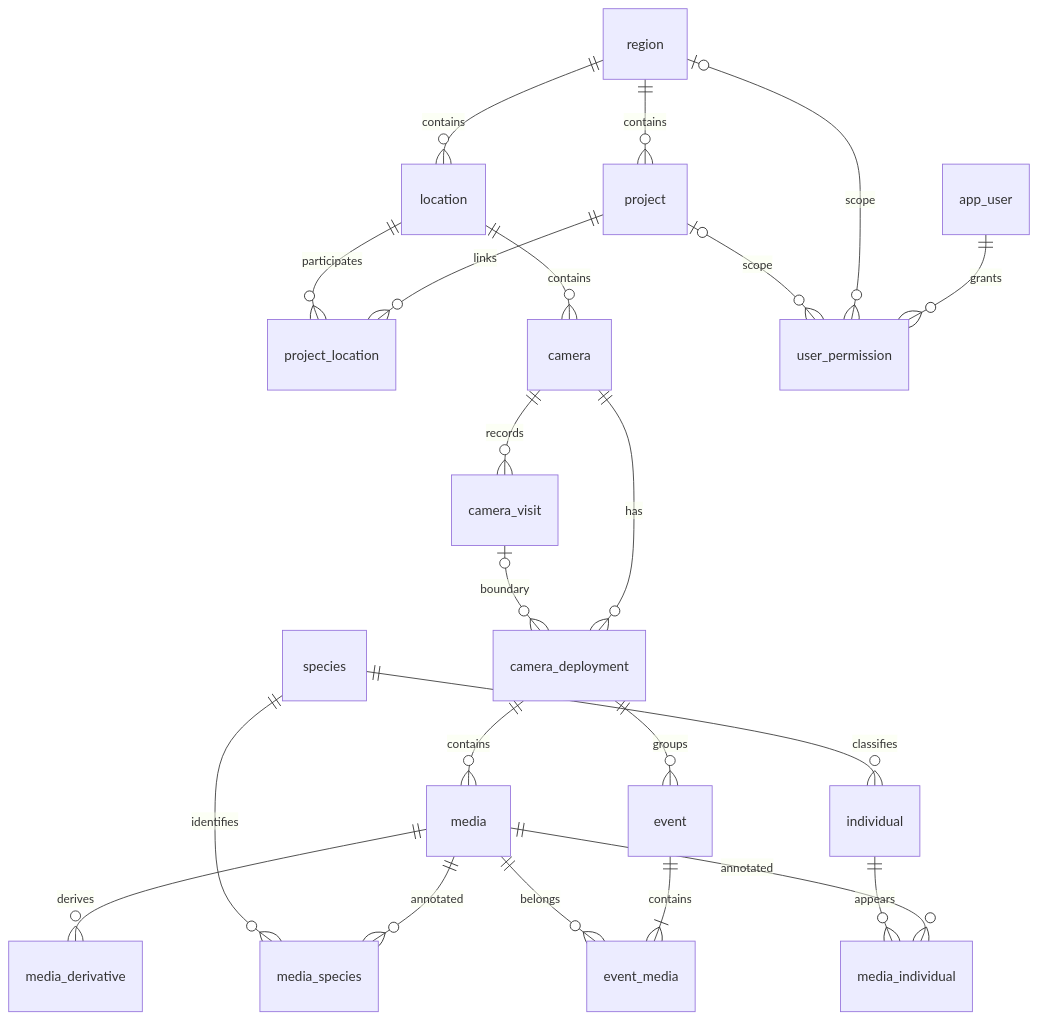
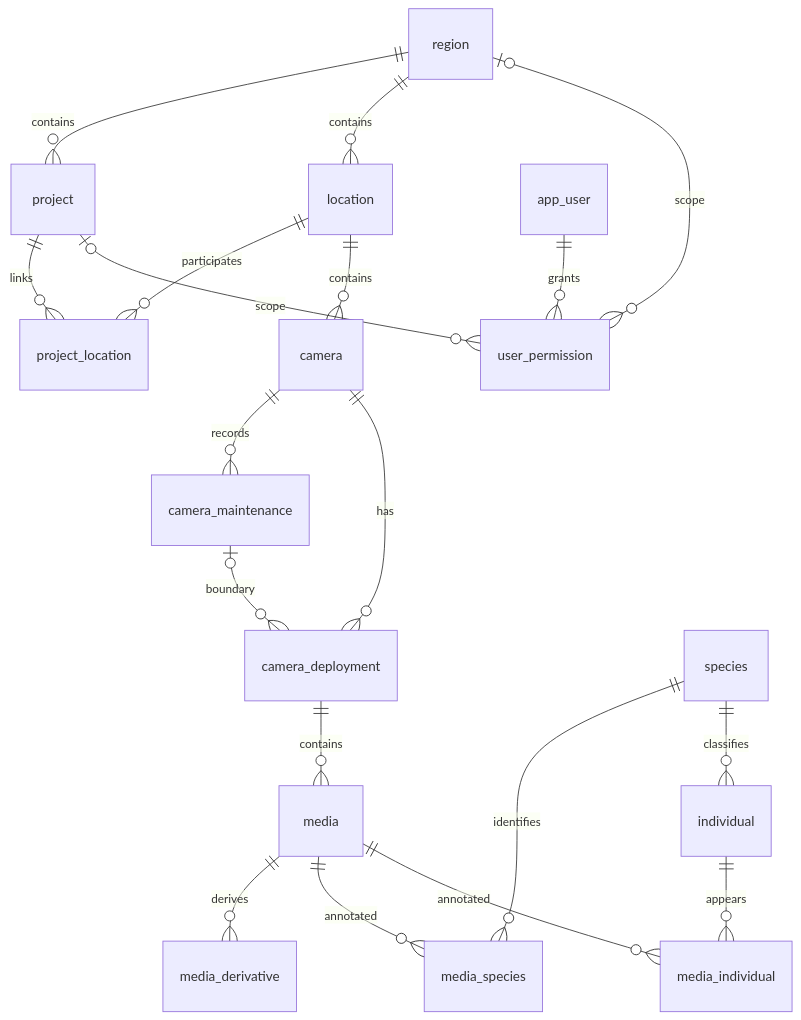
One commit to xuneree/WildlifeDATA changed the diagram in docs/database/wildlife_database_design_v1_5.md. Above: the diagram before and after it, drawn with Mermaid. The commit also changed other lines of this file and 6 other files, not shown here.

````diff
--- a/docs/database/wildlife_database_design_v1_5.md
+++ b/docs/database/wildlife_database_design_v1_5.md
@@ -63,24 +67,21 @@
 ```mermaid
 erDiagram
     region ||--o{ project : contains
     region ||--o{ location : contains
     project ||--o{ project_location : links
     location ||--o{ project_location : participates
     location ||--o{ camera : contains
-    camera ||--o{ camera_visit : records
+    camera ||--o{ camera_maintenance : records
     camera ||--o{ camera_deployment : has
-    camera_visit o|--o{ camera_deployment : boundary
+    camera_maintenance o|--o{ camera_deployment : boundary
     camera_deployment ||--o{ media : contains
     media ||--o{ media_derivative : derives
     media ||--o{ media_species : annotated
     species ||--o{ media_species : identifies
     media ||--o{ media_individual : annotated
     individual ||--o{ media_individual : appears
     species ||--o{ individual : classifies
-    camera_deployment ||--o{ event : groups
-    event ||--|{ event_media : contains
-    media ||--o{ event_media : belongs
     app_user ||--o{ user_permission : grants
     region o|--o{ user_permission : scope
     project o|--o{ user_permission : scope
 ```
````
